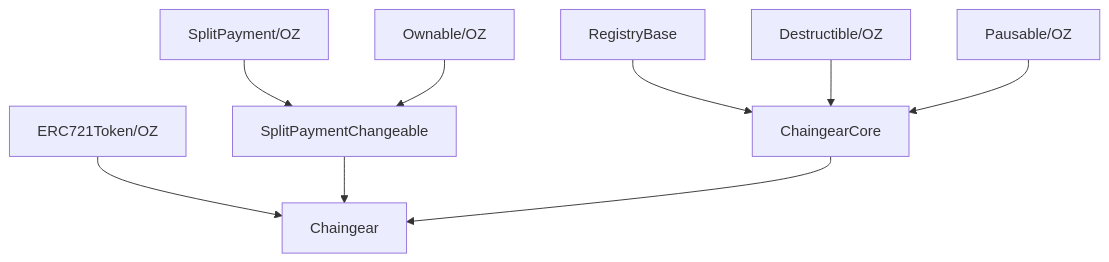
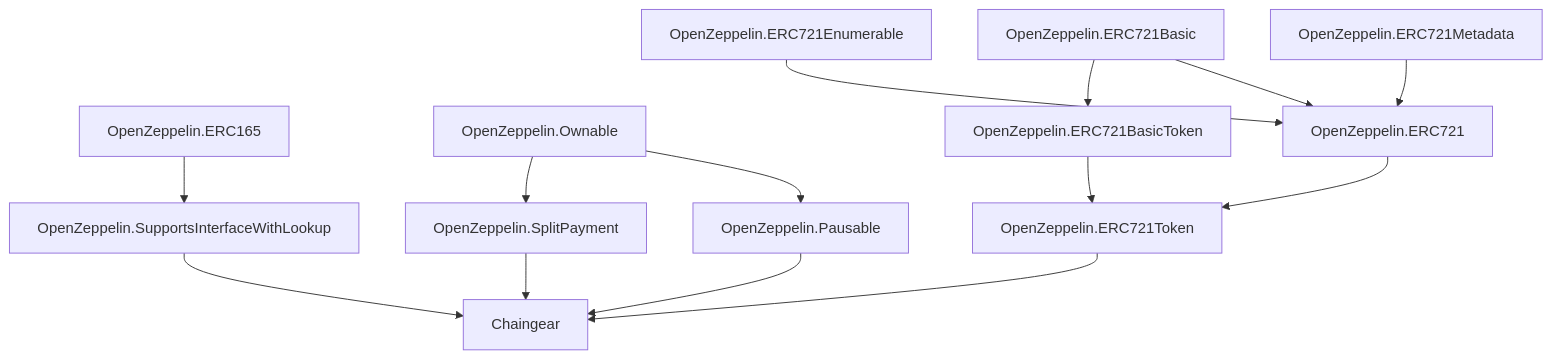
One commit to cybercongress/chaingear changed the diagram in docs/mermaid/origin/contracts-chaingear_inheritance.mmd. Above: the diagram before and after it, drawn with Mermaid. The commit also changed 18 other files, not shown here.

```diff
--- a/docs/mermaid/origin/contracts-chaingear_inheritance.mmd
+++ b/docs/mermaid/origin/contracts-chaingear_inheritance.mmd
@@ -1,9 +1,14 @@
 graph TD;
-    ERC721Token/OZ-->Chaingear;
-    SplitPaymentChangeable-->Chaingear;
-    ChaingearCore-->Chaingear;
-    SplitPayment/OZ-->SplitPaymentChangeable;
-    Ownable/OZ-->SplitPaymentChangeable;
-    RegistryBase-->ChaingearCore;
-    Destructible/OZ-->ChaingearCore;
-    Pausable/OZ-->ChaingearCore;
+    OpenZeppelin.ERC721Token-->Chaingear;
+    OpenZeppelin.SplitPayment-->Chaingear;
+    OpenZeppelin.Pausable-->Chaingear;
+    OpenZeppelin.SupportsInterfaceWithLookup-->Chaingear;
+    OpenZeppelin.ERC165-->OpenZeppelin.SupportsInterfaceWithLookup;
+    OpenZeppelin.Ownable-->OpenZeppelin.SplitPayment;
+    OpenZeppelin.Ownable-->OpenZeppelin.Pausable;
+    OpenZeppelin.ERC721-->OpenZeppelin.ERC721Token;
+    OpenZeppelin.ERC721BasicToken-->OpenZeppelin.ERC721Token;
+    OpenZeppelin.ERC721Basic-->OpenZeppelin.ERC721BasicToken;
+    OpenZeppelin.ERC721Basic-->OpenZeppelin.ERC721;
+    OpenZeppelin.ERC721Enumerable-->OpenZeppelin.ERC721;
+    OpenZeppelin.ERC721Metadata-->OpenZeppelin.ERC721;
```
